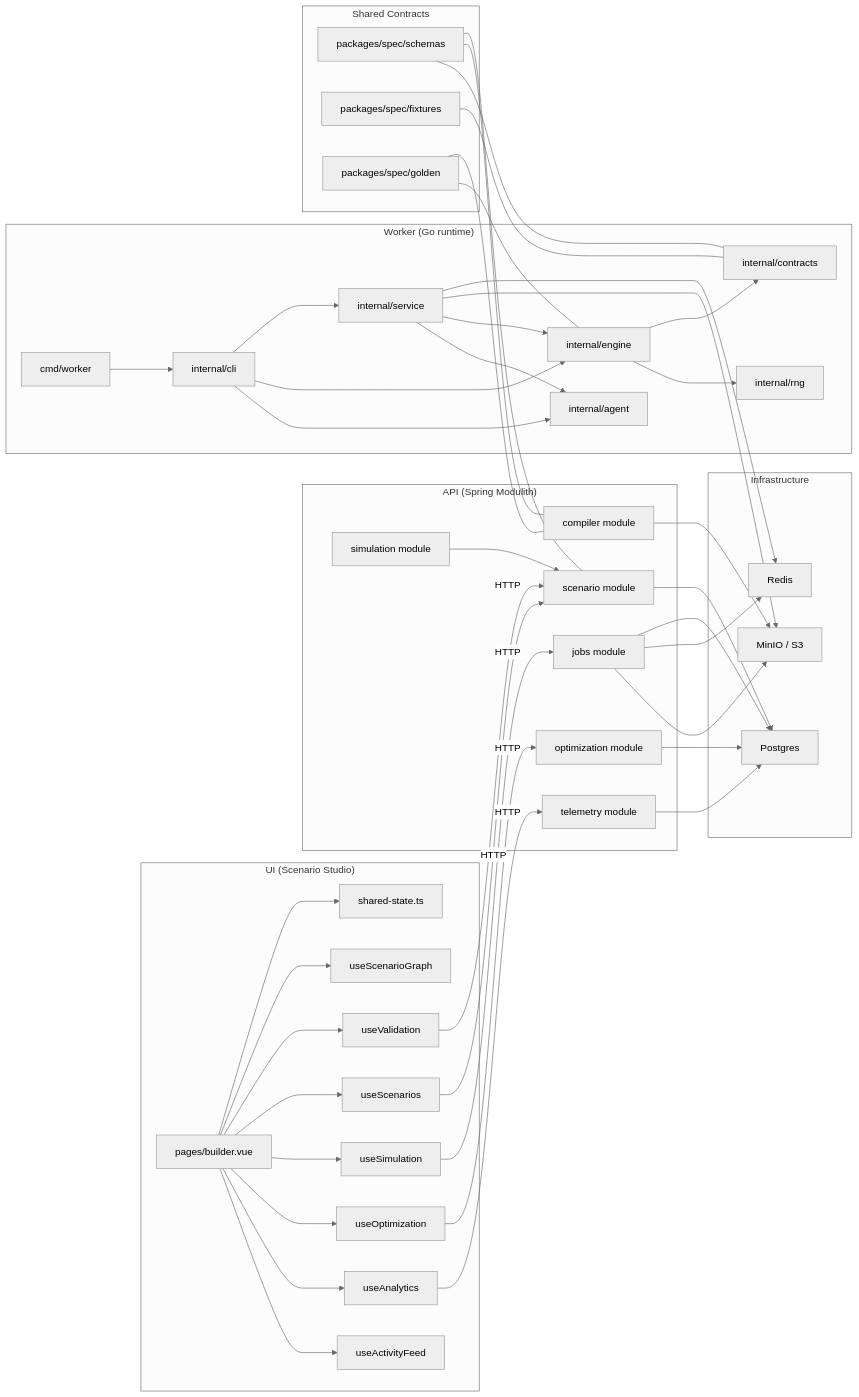
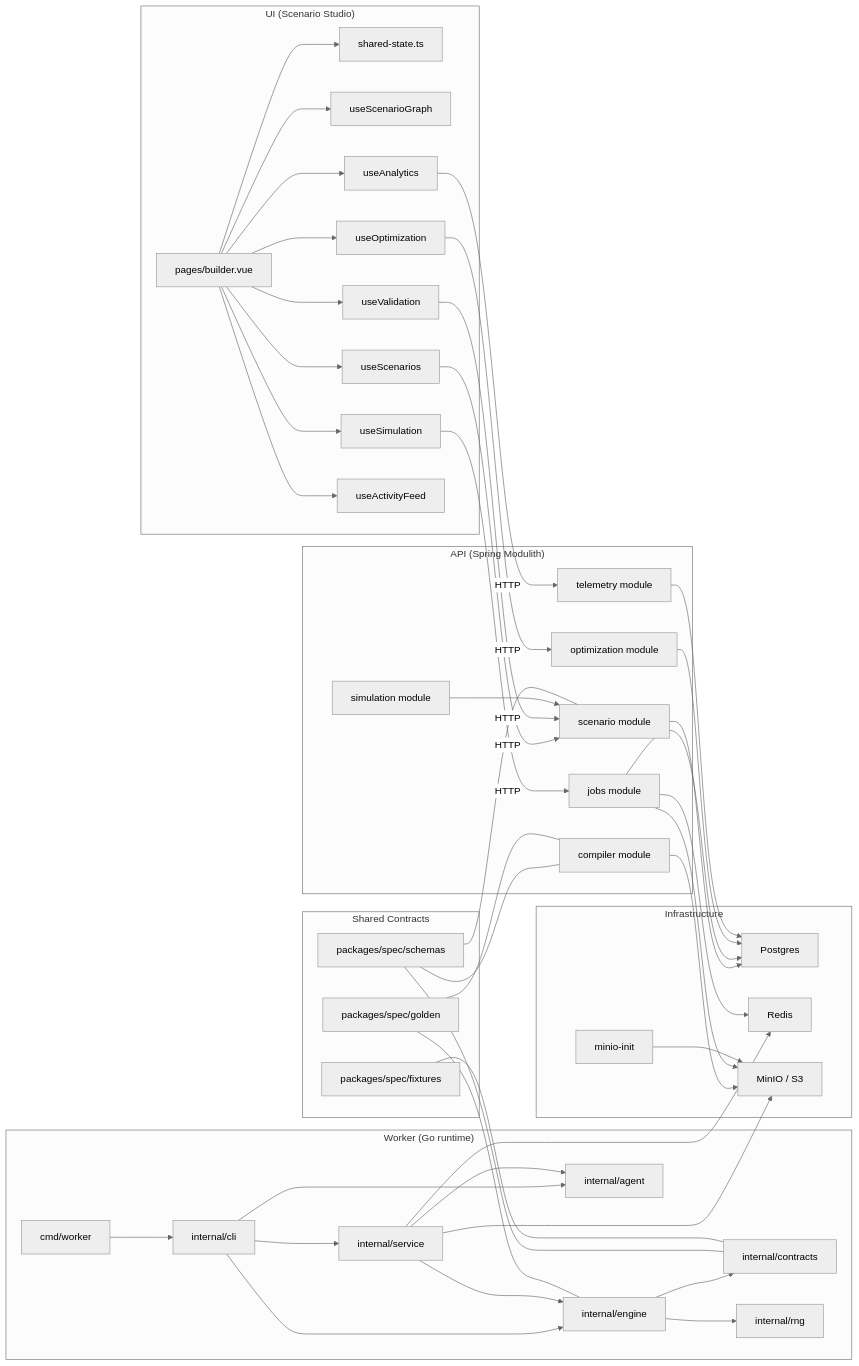
One commit to danagbemava/athanor changed the first of 4 diagrams in docs/architecture/knowledge-graph.md. Above: the diagram before and after it, drawn with Mermaid (neutral theme). The commit also changed other lines of this file and 1 other file, not shown here.

Commit message:
Complete knowledge graph coverage

````diff
--- a/docs/architecture/knowledge-graph.md
+++ b/docs/architecture/knowledge-graph.md
@@ -64,6 +64,7 @@
     Postgres["Postgres"]
     Redis["Redis"]
     MinIO["MinIO / S3"]
+    MinioInit["minio-init"]
   end
 
   Builder --> SharedState
@@ -106,4 +107,5 @@
   Golden --- Compiler
   Golden --- WorkerEngine
   Fixtures --- WorkerContracts
+  MinioInit --> MinIO
 ```
````
